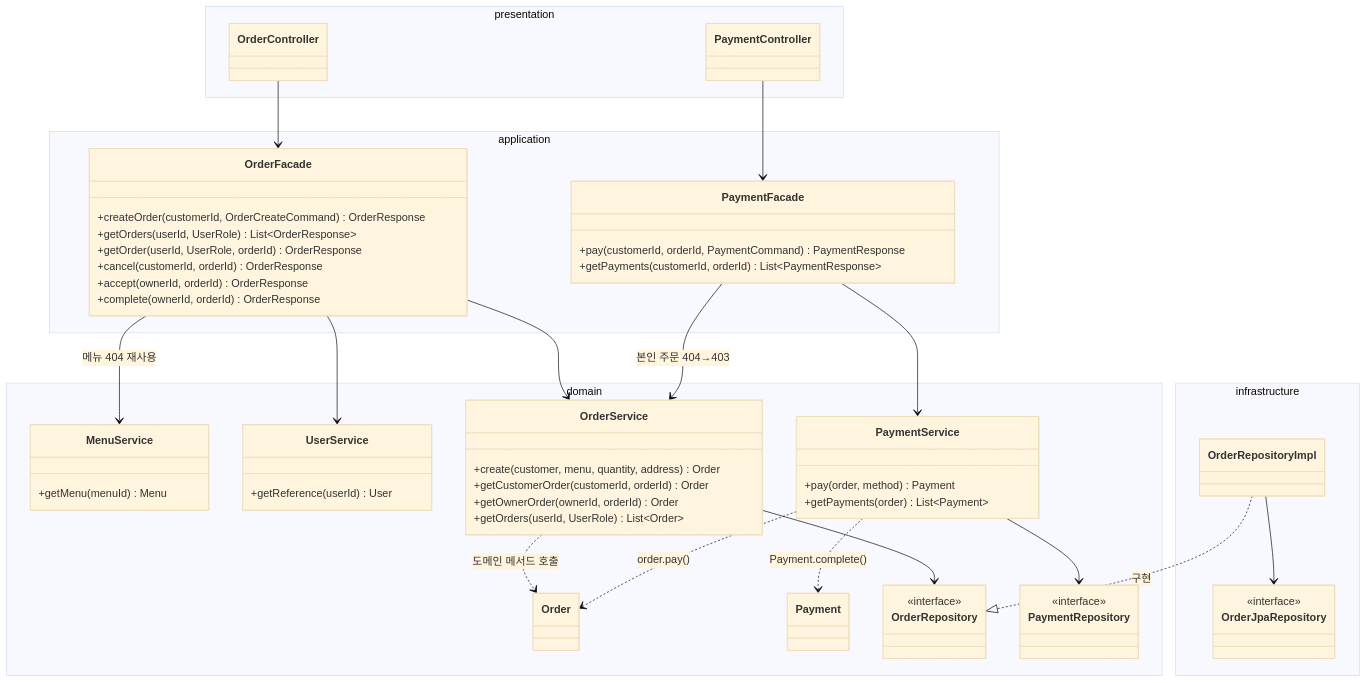
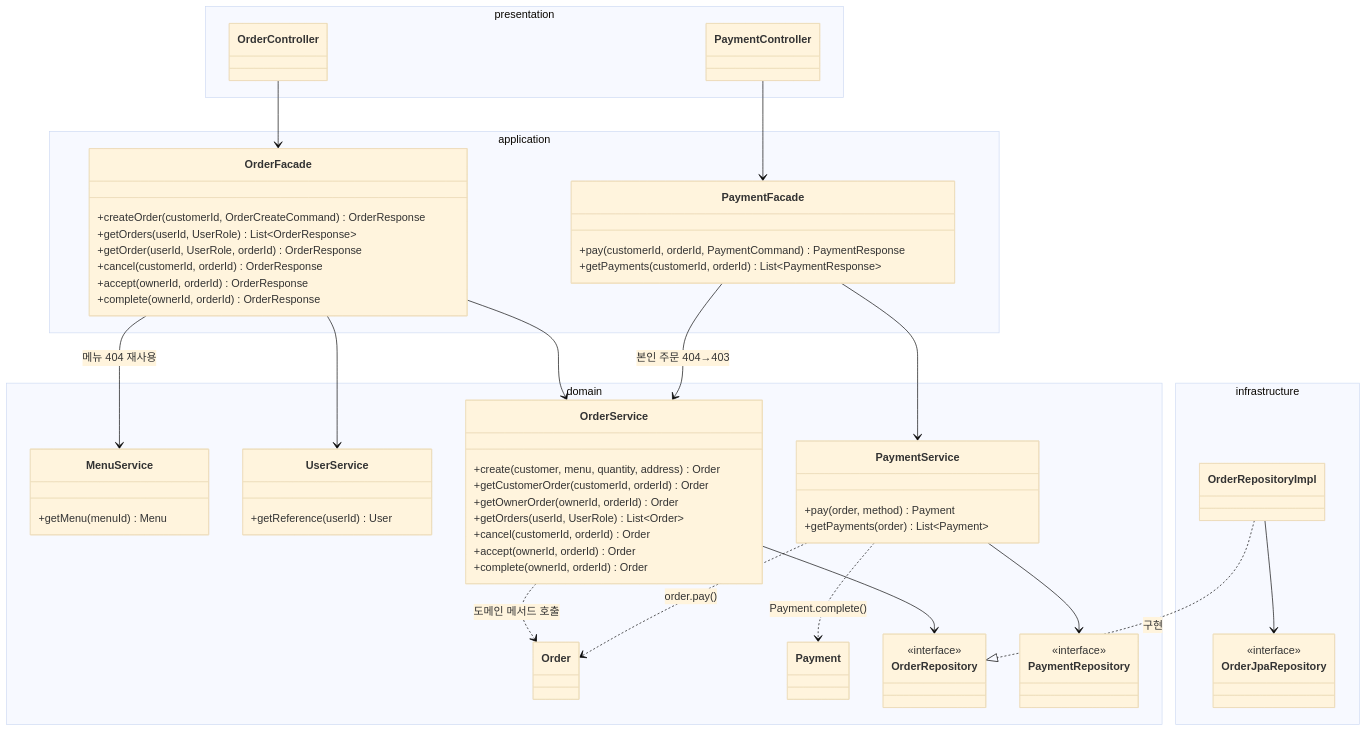
Before and after one commit to dd-jiny/delivery-order-backend: the third of 3 diagrams in docs/design/04-class-diagram.md, drawn with Mermaid (base theme). The commit also changed other lines of this file and 20 other files, not shown here.

````diff
--- a/docs/design/04-class-diagram.md
+++ b/docs/design/04-class-diagram.md
@@ -230,70 +231,73 @@
 ```mermaid
 classDiagram
     direction TB
 
     namespace presentation {
         class OrderController
         class PaymentController
     }
     namespace application {
         class OrderFacade {
             +createOrder(customerId, OrderCreateCommand) OrderResponse
             +getOrders(userId, UserRole) List~OrderResponse~
             +getOrder(userId, UserRole, orderId) OrderResponse
             +cancel(customerId, orderId) OrderResponse
             +accept(ownerId, orderId) OrderResponse
             +complete(ownerId, orderId) OrderResponse
         }
         class PaymentFacade {
             +pay(customerId, orderId, PaymentCommand) PaymentResponse
             +getPayments(customerId, orderId) List~PaymentResponse~
         }
     }
     namespace domain {
         class MenuService {
             +getMenu(menuId) Menu
         }
         class UserService {
             +getReference(userId) User
         }
         class OrderService {
             +create(customer, menu, quantity, address) Order
             +getCustomerOrder(customerId, orderId) Order
             +getOwnerOrder(ownerId, orderId) Order
             +getOrders(userId, UserRole) List~Order~
+            +cancel(customerId, orderId) Order
+            +accept(ownerId, orderId) Order
+            +complete(ownerId, orderId) Order
         }
         class PaymentService {
             +pay(order, method) Payment
             +getPayments(order) List~Payment~
         }
         class Order
         class Payment
         class OrderRepository {
             <<interface>>
         }
         class PaymentRepository {
             <<interface>>
         }
     }
     namespace infrastructure {
         class OrderRepositoryImpl
         class OrderJpaRepository {
             <<interface>>
         }
     }
 
     OrderController --> OrderFacade
     PaymentController --> PaymentFacade
     OrderFacade --> MenuService : 메뉴 404 재사용
     OrderFacade --> UserService
     OrderFacade --> OrderService
     PaymentFacade --> OrderService : 본인 주문 404→403
     PaymentFacade --> PaymentService
     OrderService --> OrderRepository
     OrderService ..> Order : 도메인 메서드 호출
     PaymentService --> PaymentRepository
     PaymentService ..> Order : order.pay()
     PaymentService ..> Payment : Payment.complete()
     OrderRepositoryImpl ..|> OrderRepository : 구현
     OrderRepositoryImpl --> OrderJpaRepository
 ```
````
